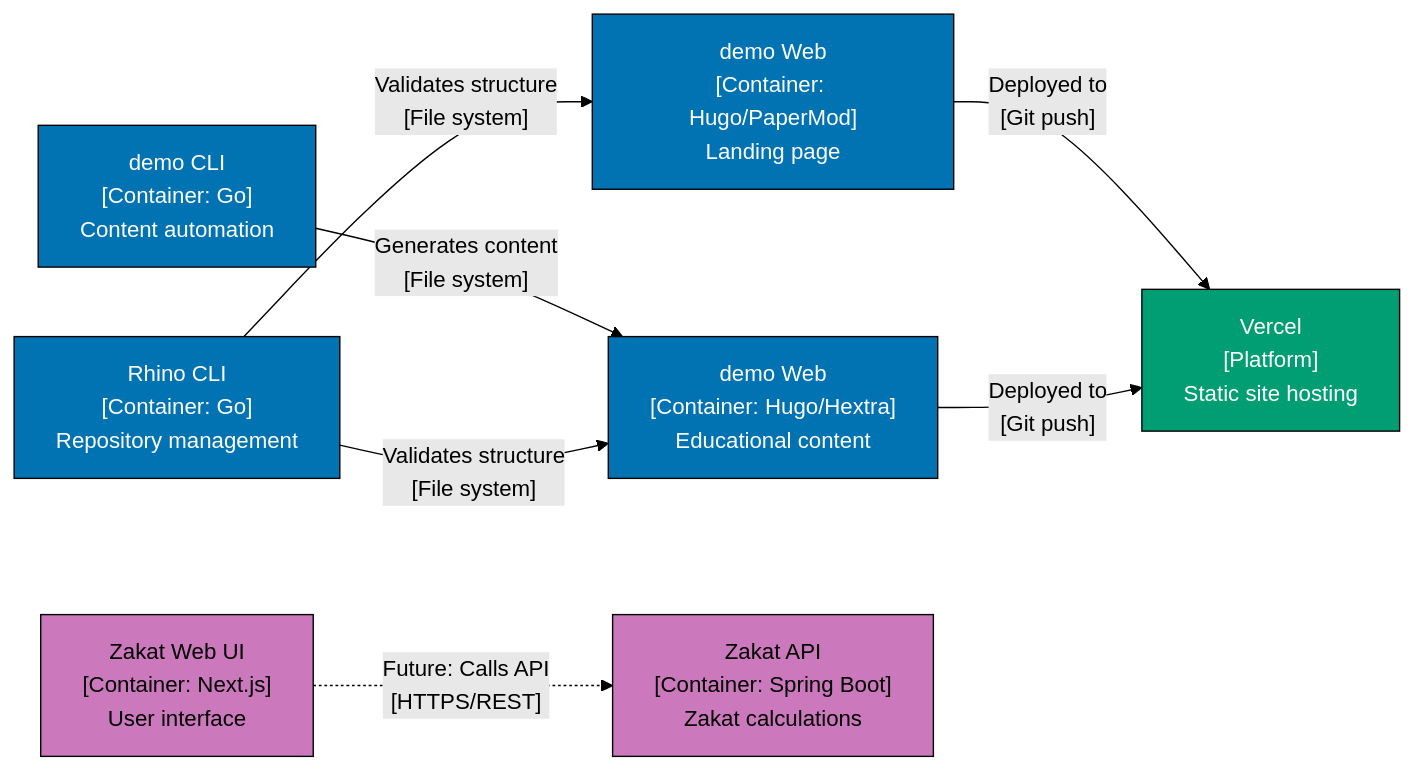
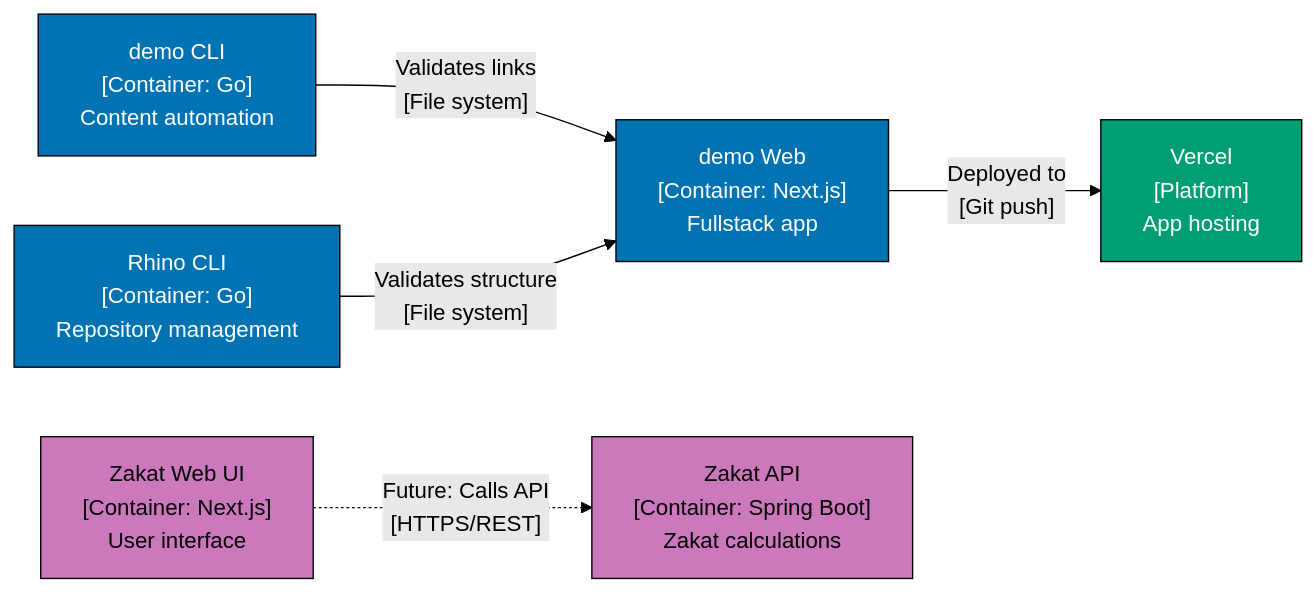
Before and after one commit to wahidyankf/ose-primer: the second of 2 diagrams in docs/explanation/software-engineering/architecture/c4-architecture-model/nx-workspace-visualization.md, drawn with Mermaid (forest theme). The commit also changed other lines of this file and 44 other files, not shown here.

````diff
--- a/docs/explanation/software-engineering/architecture/c4-architecture-model/nx-workspace-visualization.md
+++ b/docs/explanation/software-engineering/architecture/c4-architecture-model/nx-workspace-visualization.md
@@ -103,29 +99,26 @@
 ```mermaid
 graph LR
-    %% Hugo Sites
-    OseWeb["demo Web<br/>[Container: Hugo/PaperMod]<br/>Landing page"]:::blue
-    AyoWeb["demo Web<br/>[Container: Hugo/Hextra]<br/>Educational content"]:::blue
+    %% Next.js Apps
+    OseWeb["demo Web<br/>[Container: Next.js]<br/>Fullstack app"]:::blue
 
     %% CLI Tools
     AyoCLI["demo CLI<br/>[Container: Go]<br/>Content automation"]:::blue
     RhinoCLI["Rhino CLI<br/>[Container: Go]<br/>Repository management"]:::blue
 
     %% Future Apps (example)
     ZakatAPI["Zakat API<br/>[Container: Spring Boot]<br/>Zakat calculations"]:::purple
     ZakatWeb["Zakat Web UI<br/>[Container: Next.js]<br/>User interface"]:::purple
 
     %% Deployment
-    Vercel["Vercel<br/>[Platform]<br/>Static site hosting"]:::teal
+    Vercel["Vercel<br/>[Platform]<br/>App hosting"]:::teal
 
     %% Relationships
-    AyoCLI -->|"Generates content<br/>[File system]"| AyoWeb
+    AyoCLI -->|"Validates links<br/>[File system]"| OseWeb
     RhinoCLI -->|"Validates structure<br/>[File system]"| OseWeb
-    RhinoCLI -->|"Validates structure<br/>[File system]"| AyoWeb
     OseWeb -->|"Deployed to<br/>[Git push]"| Vercel
-    AyoWeb -->|"Deployed to<br/>[Git push]"| Vercel
     ZakatWeb -.->|"Future: Calls API<br/>[HTTPS/REST]"| ZakatAPI
 
     classDef blue fill:#0173B2,stroke:#000,color:#FFF
     classDef purple fill:#CC78BC,stroke:#000,color:#000
     classDef teal fill:#029E73,stroke:#000,color:#FFF
 ```
````
